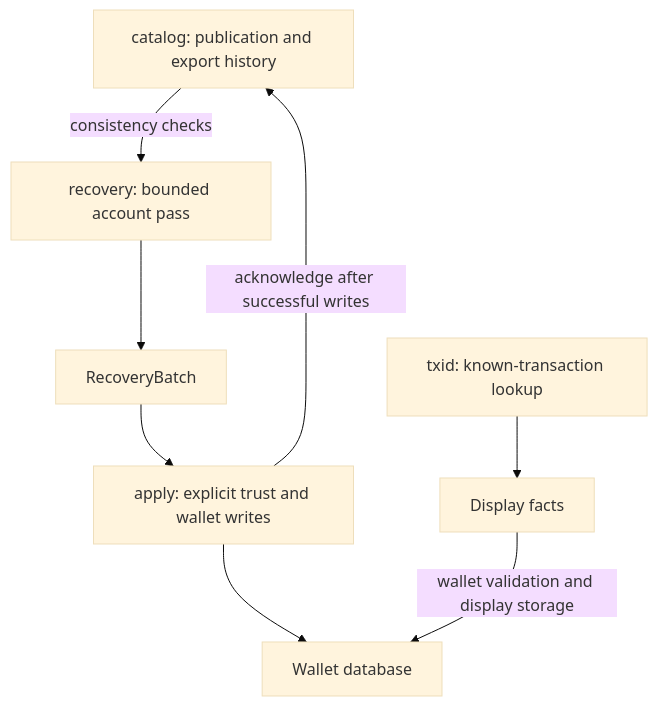
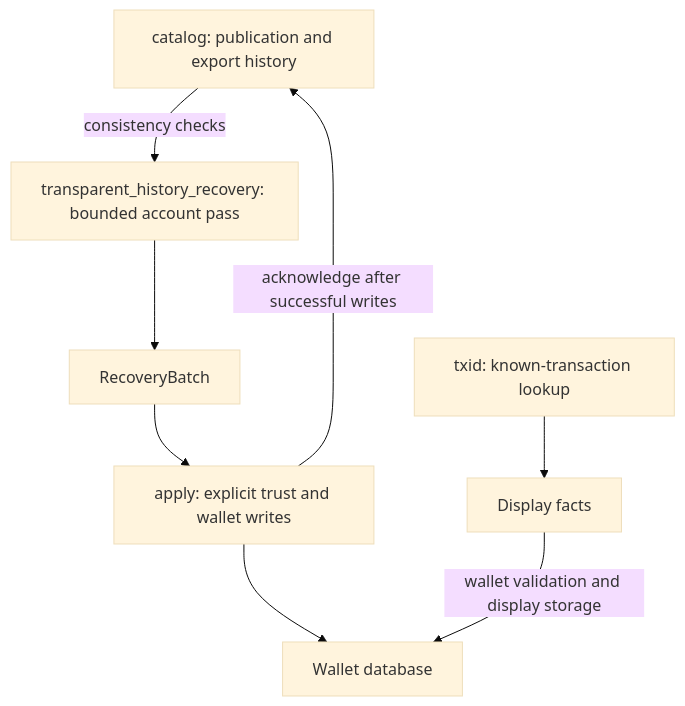
The diagram in zakura/pir-transparent/README.md (piatoss3612/wallet-libraries), drawn with Mermaid (base theme) before and after one commit. The commit also changed other lines of this file and 47 other files, not shown here.

Commit message:
refactor(pir-transparent): clarify history recovery and address watch names

````diff
--- a/zakura/pir-transparent/README.md
+++ b/zakura/pir-transparent/README.md
@@ -32,10 +32,10 @@
 ```mermaid
 flowchart TD
-    C["catalog: publication and export history"] -->|consistency checks| R["recovery: bounded account pass"]
+    C["catalog: publication and export history"] -->|consistency checks| R["transparent_history_recovery: bounded account pass"]
     R --> B[RecoveryBatch]
     B --> A["apply: explicit trust and wallet writes"]
     A --> W[Wallet database]
     A -->|acknowledge after successful writes| C
     T["txid: known-transaction lookup"] --> D[Display facts]
     D -->|wallet validation and display storage| W
 ```
````
